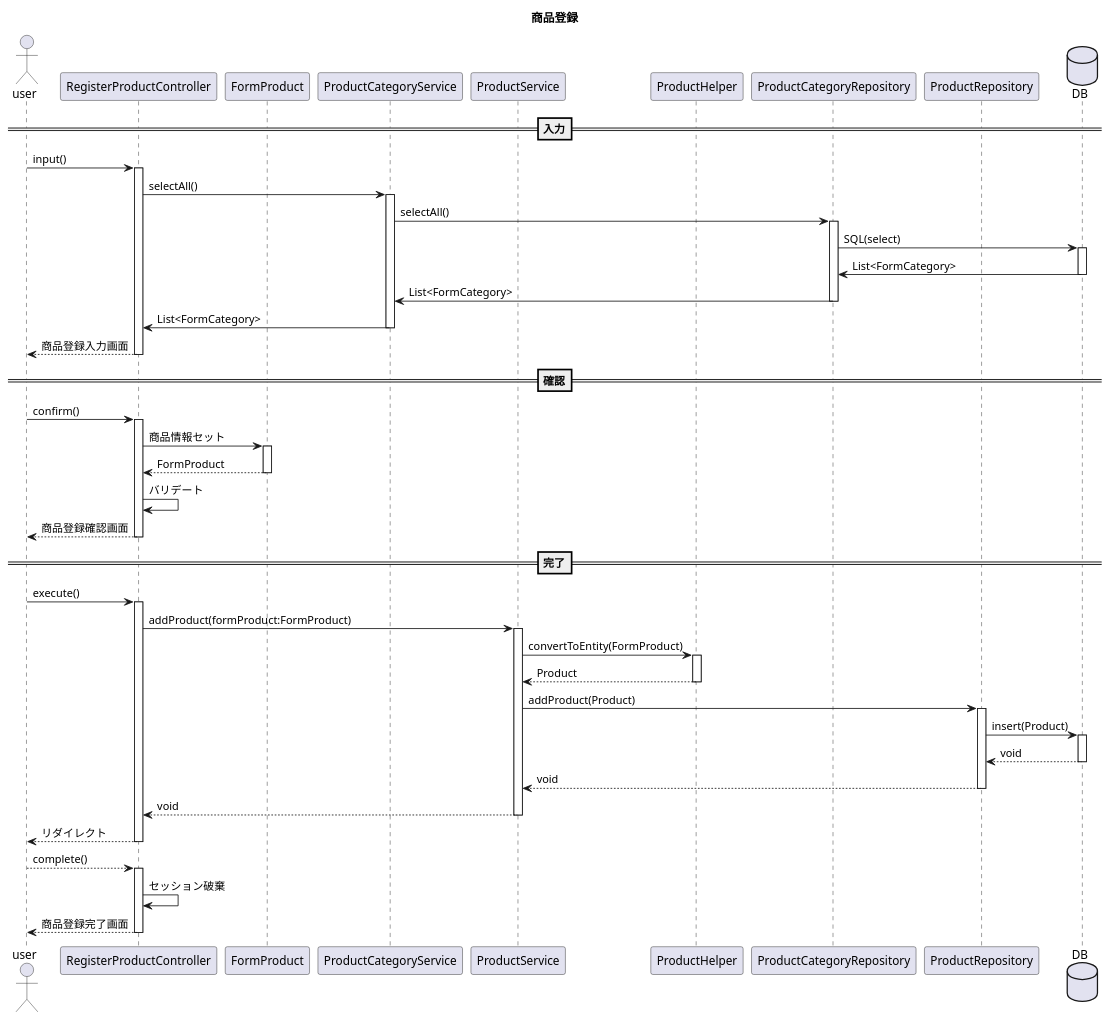
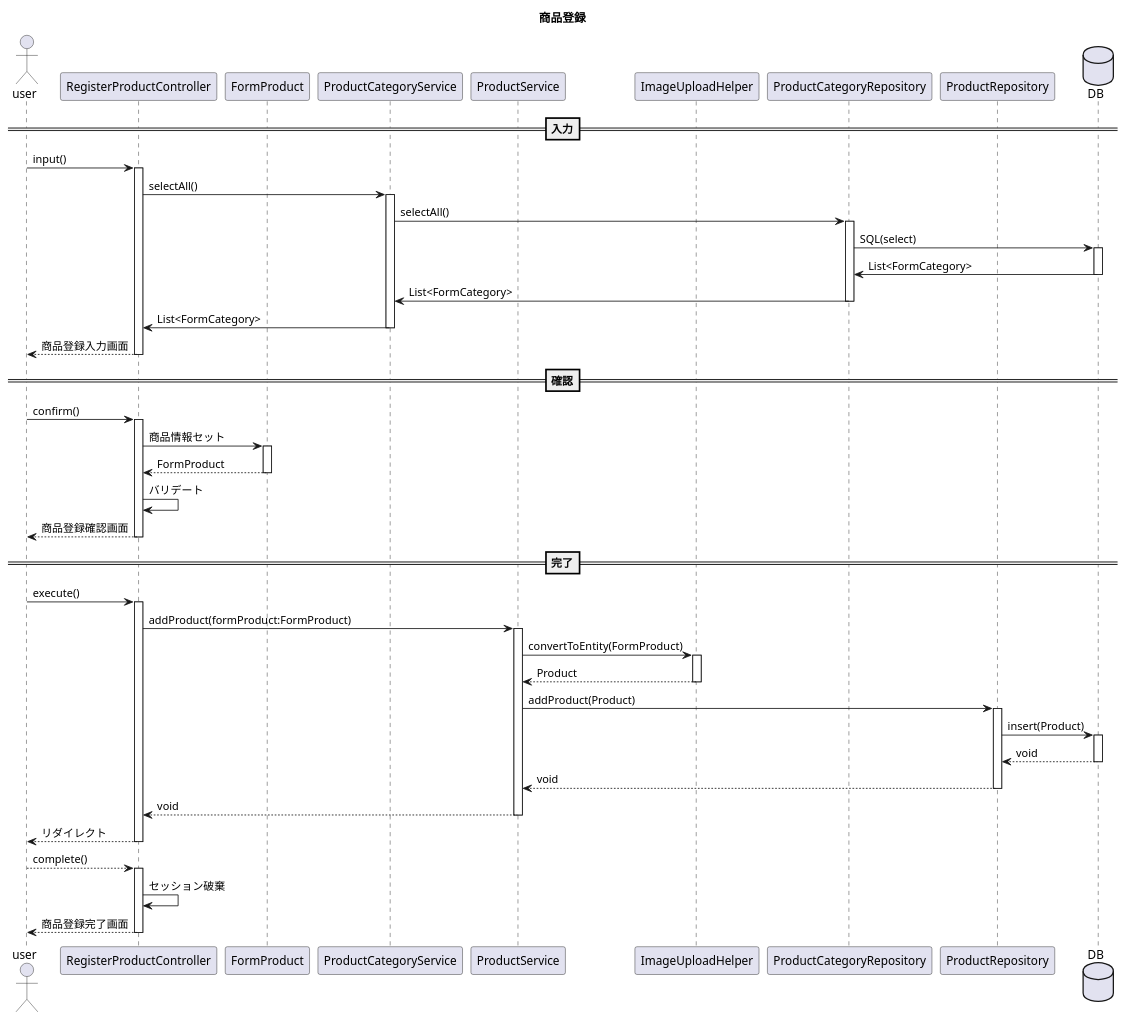
The diagram in plan/uml/sequence/uc010.plantuml (kanavii3333/ec-b), drawn with PlantUML before and after one commit. The commit also changed 13 other files, not shown here.

Commit message:
単体テスト　ファイル名変更　シーケンス図変更

```diff
--- a/plan/uml/sequence/uc010.plantuml
+++ b/plan/uml/sequence/uc010.plantuml
@@ -1,43 +1,43 @@
 @startuml
 title 商品登録
 actor user
 participant RegisterProductController as Controller
 participant FormProduct as Form
 participant ProductCategoryService as Service1
 participant ProductService as Service
-participant ProductHelper as Helper
+participant ImageUploadHelper as Helper
 participant ProductCategoryRepository as Repository1
 participant ProductRepository as Repository
 database DB
 
 ==入力==
 user -> Controller++:input()
 Controller -> Service1++:selectAll()
 Service1 -> Repository1++:selectAll()
 Repository1 -> DB++:SQL(select)
 DB -> Repository1 --:List<FormCategory>
 Repository1 -> Service1--:List<FormCategory>
 Service1 -> Controller--:List<FormCategory>
 user <-- Controller--:商品登録入力画面
 ==確認==
 user -> Controller++:confirm()
 Controller -> Form++:商品情報セット
 Controller <-- Form--:FormProduct
 Controller -> Controller:バリデート
 user <-- Controller--:商品登録確認画面
 ==完了==
 user -> Controller++:execute()
 Controller -> Service++:addProduct(formProduct:FormProduct)
 Service -> Helper++:convertToEntity(FormProduct)
 Service <-- Helper--:Product
 Service -> Repository++:addProduct(Product)
 Repository -> DB++:insert(Product)
 Repository <-- DB--:void
 Service <-- Repository--:void
 Controller <-- Service--:void
 user <-- Controller--:リダイレクト
 user --> Controller++:complete()
 Controller -> Controller:セッション破棄
 user <-- Controller--:商品登録完了画面
 
 @enduml
```
